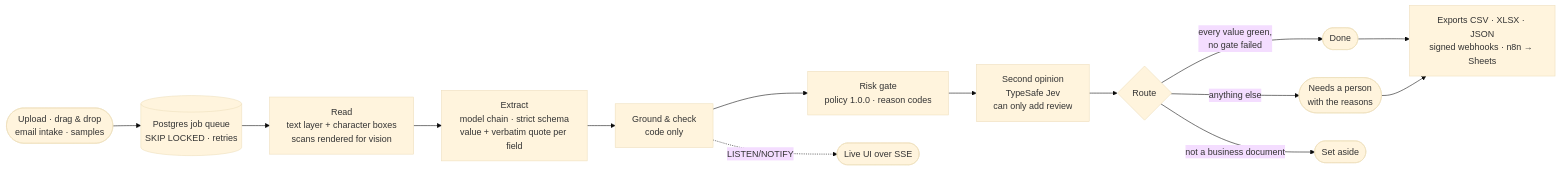
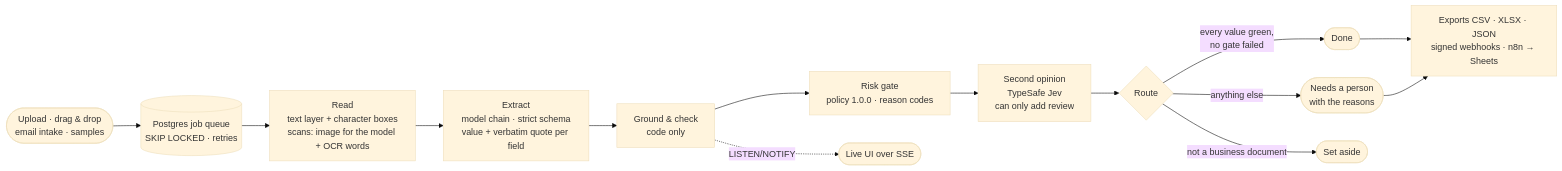
Before and after one commit to adaptivesystemsdev/docket-invoice-intake: the diagram in README.md, drawn with Mermaid (base theme). The commit also changed other lines of this file, not shown here.

First line of the commit message:
Scans and phone photos: OCR as an independent second reader, measured results, 152 tests

````diff
--- a/README.md
+++ b/README.md
@@ -45,15 +45,15 @@
 ```mermaid
 flowchart LR
     U([Upload · drag & drop<br/>email intake · samples]) --> Q[(Postgres job queue<br/>SKIP LOCKED · retries)]
-    Q --> R[Read<br/>text layer + character boxes<br/>scans rendered for vision]
+    Q --> R[Read<br/>text layer + character boxes<br/>scans: image for the model + OCR words]
     R --> X[Extract<br/>model chain · strict schema<br/>value + verbatim quote per field]
     X --> G[Ground & check<br/>code only]
     G --> K[Risk gate<br/>policy 1.0.0 · reason codes]
     K --> J[Second opinion<br/>TypeSafe Jev<br/>can only add review]
     J --> D{Route}
     D -- every value green,<br/>no gate failed --> OK([Done])
     D -- anything else --> P([Needs a person<br/>with the reasons])
     D -- not a business document --> RJ([Set aside])
     OK & P --> O[Exports CSV · XLSX · JSON<br/>signed webhooks · n8n → Sheets]
     G -. LISTEN/NOTIFY .-> L([Live UI over SSE])
 ```
````
